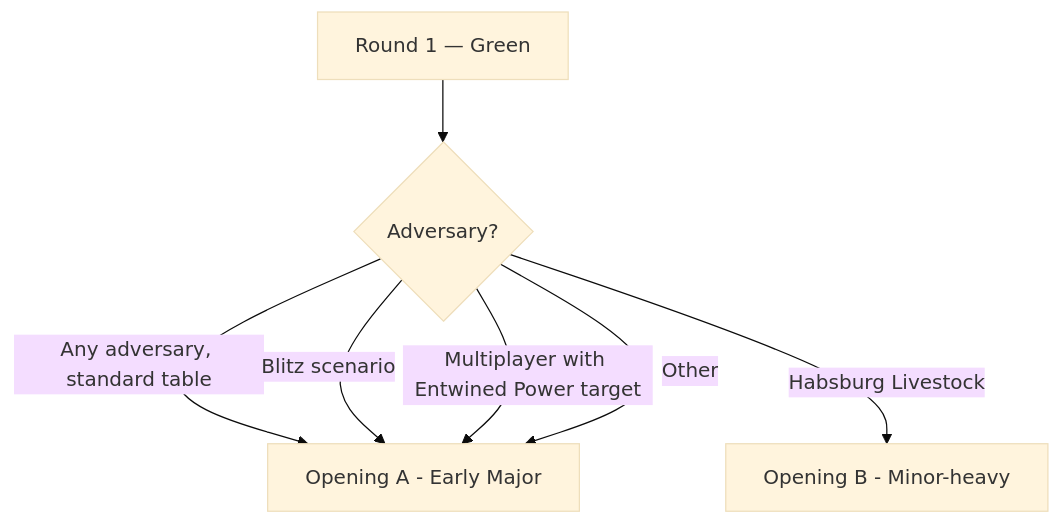
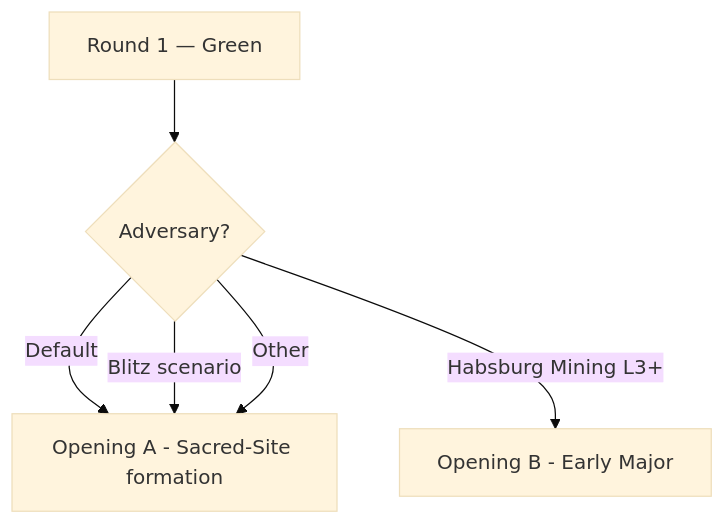
Before and after one commit to bfowle/spirit-island: the diagram in src/spirits/low/a-spread-of-rampant-green.md, drawn with Mermaid (base theme). The commit also changed other lines of this file and 2 other files, not shown here.

```diff
--- a/src/spirits/low/a-spread-of-rampant-green.md
+++ b/src/spirits/low/a-spread-of-rampant-green.md
@@ -132,9 +145,8 @@
 <pre class="mermaid">
 graph TD
   Start[Round 1 — Green] --> Adv{Adversary?}
-  Adv -->|Any adversary, standard table| A[Opening A - Early Major]
-  Adv -->|Habsburg Livestock| B[Opening B - Minor-heavy]
+  Adv -->|Default| A[Opening A - Sacred-Site formation]
+  Adv -->|Habsburg Mining L3+| B[Opening B - Early Major]
   Adv -->|Blitz scenario| A
-  Adv -->|Multiplayer with Entwined Power target| A
   Adv -->|Other| A
 </pre>
```
